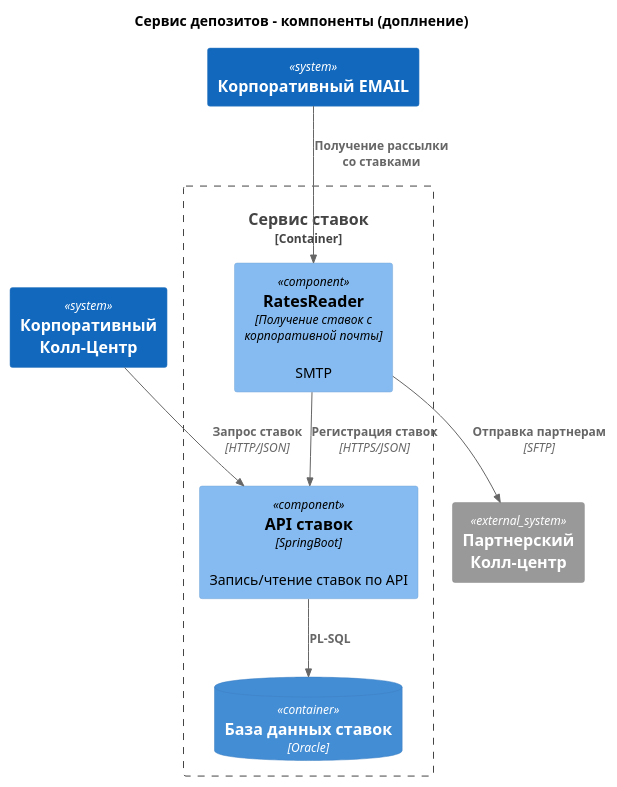
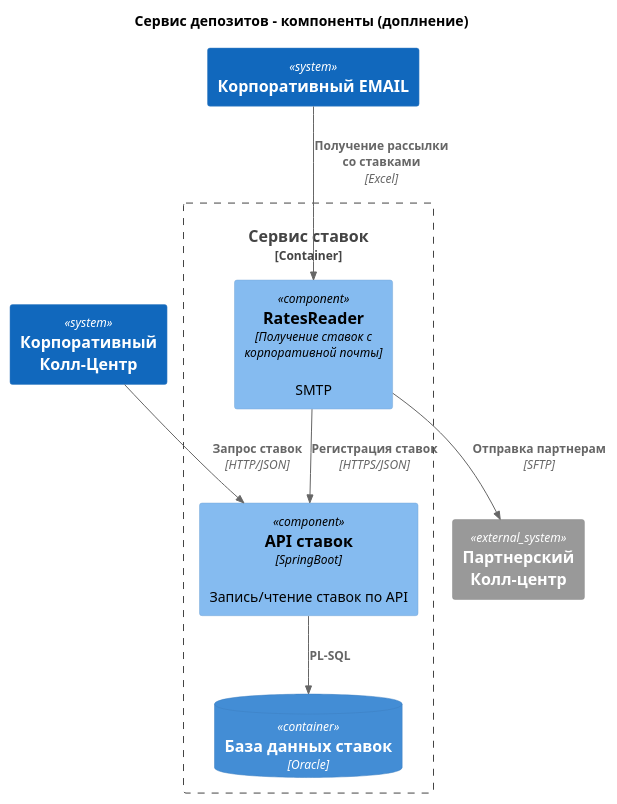
One commit to Rzr18/architecture-standart changed the diagram in Task4/C4_Container.puml. Above: the diagram before and after it, drawn with PlantUML. The commit also changed 3 other files, not shown here.

```diff
--- a/Task4/C4_Container.puml
+++ b/Task4/C4_Container.puml
@@ -1,25 +1,25 @@
 @startuml
 !includeurl https://raw.githubusercontent.com/plantuml-stdlib/C4-PlantUML/master/C4_Component.puml
 title Сервис депозитов – компоненты (доплнение)
 
 System_Ext(extCC,     "Партнерский Колл-центр")
 System(email,     "Корпоративный EMAIL")
 System(crm,     "Корпоративный Колл-Центр")
 
 
 Container_Boundary(rates_api, "Сервис ставок") {
   Component(job,        "RatesReader", "Получение ставок с корпоративной почты", "SMTP")
 
   Component(Rates_API,  "API ставок", "SpringBoot", "Запись/чтение ставок по API")
   ContainerDb(Rates_Db, "База данных ставок", "Oracle")
 
 }
 
-Rel(email, job,    "Получение рассылки со ставками")
+Rel(email, job,    "Получение рассылки со ставками", "Excel")
 Rel(job, extCC,  "Отправка партнерам", "SFTP")
 Rel(crm, Rates_API,  "Запрос ставок", "HTTP/JSON")
 
 Rel(job, Rates_API,    "Регистрация ставок", "HTTPS/JSON")
 
 Rel(Rates_API,   Rates_Db,    "PL-SQL")
 @enduml
```
